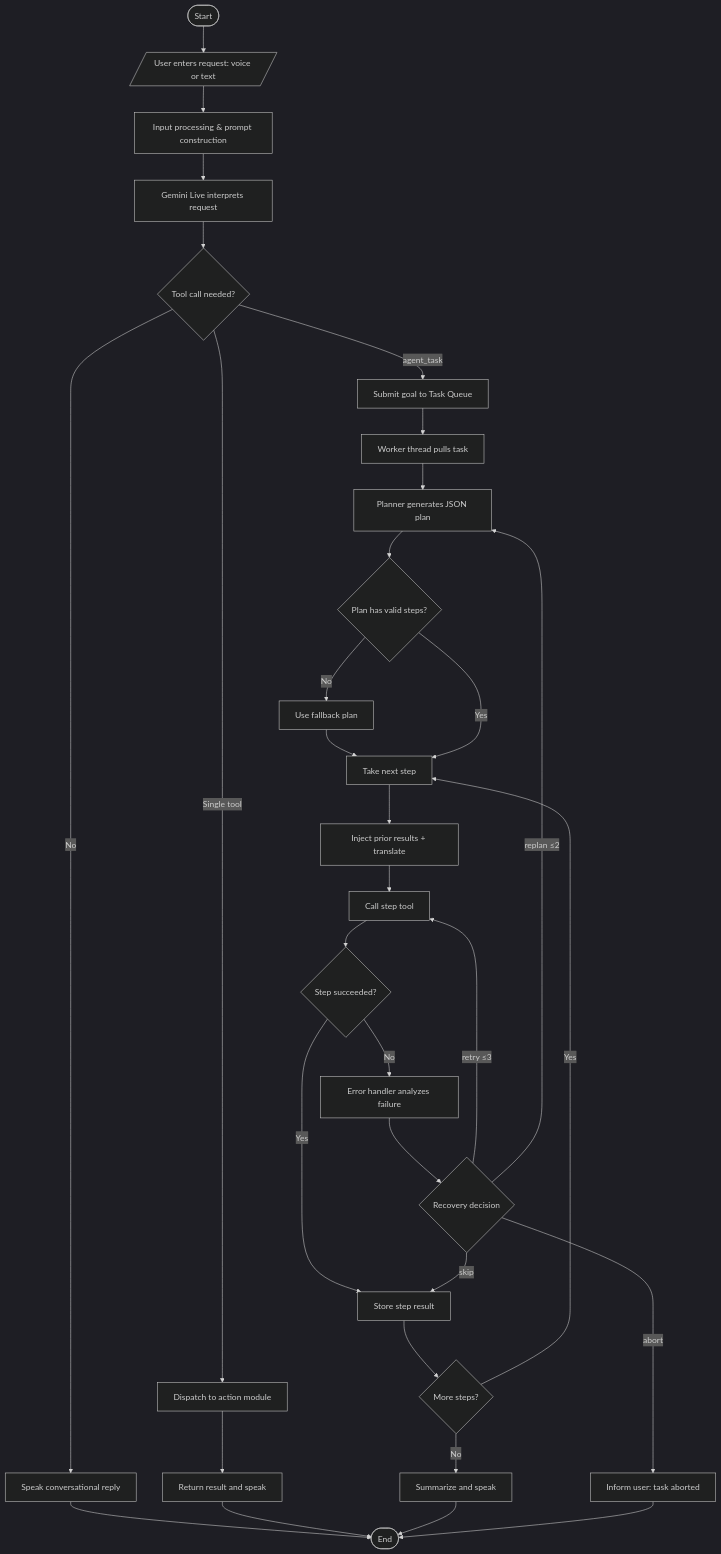
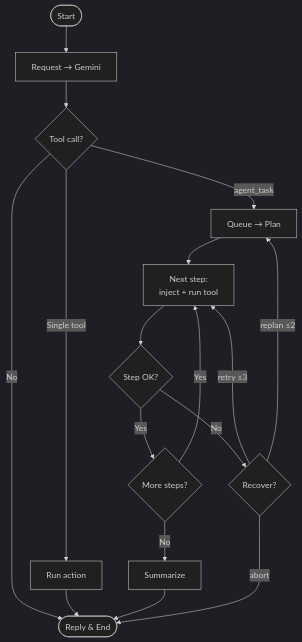
The fourth of 6 diagrams in diagrams/README.md (abhinavshr89/Raya_report), drawn with Mermaid (dark theme) before and after one commit. The commit also changed other lines of this file, not shown here.

Commit message:
shorten diagrams

````diff
--- a/diagrams/README.md
+++ b/diagrams/README.md
@@ -180,40 +57,17 @@
 ```mermaid
 flowchart TD
-    A([Start]) --> B[/User enters request: voice or text/]
-    B --> C[Input processing & prompt construction]
-    C --> D[Gemini Live interprets request]
-    D --> E{Tool call needed?}
-
-    E -->|No| F[Speak conversational reply]
-    F --> Z([End])
-
-    E -->|Single tool| G[Dispatch to action module]
-    G --> H[Return result and speak]
-    H --> Z
-
-    E -->|agent_task| I[Submit goal to Task Queue]
-    I --> J[Worker thread pulls task]
-    J --> K[Planner generates JSON plan]
-    K --> L{Plan has valid steps?}
-    L -->|No| M[Use fallback plan]
-    M --> N[Take next step]
-    L -->|Yes| N
-
-    N --> O[Inject prior results + translate]
-    O --> P[Call step tool]
-    P --> Q{Step succeeded?}
-
-    Q -->|Yes| R[Store step result]
-    R --> S{More steps?}
-    S -->|Yes| N
-    S -->|No| T[Summarize and speak]
-    T --> Z
-
-    Q -->|No| U[Error handler analyzes failure]
-    U --> V{Recovery decision}
-    V -->|retry &le;3| P
-    V -->|skip| R
-    V -->|replan &le;2| K
-    V -->|abort| W[Inform user: task aborted]
-    W --> Z
+    A([Start]) --> B[Request → Gemini]
+    B --> C{Tool call?}
+    C -->|No| Z([Reply & End])
+    C -->|Single tool| D[Run action] --> Z
+    C -->|agent_task| E[Queue → Plan]
+    E --> F[Next step:<br/>inject + run tool]
+    F --> G{Step OK?}
+    G -->|Yes| H{More steps?}
+    H -->|Yes| F
+    H -->|No| I[Summarize] --> Z
+    G -->|No| J{Recover?}
+    J -->|retry ≤3| F
+    J -->|replan ≤2| E
+    J -->|abort| Z
 ```
````
